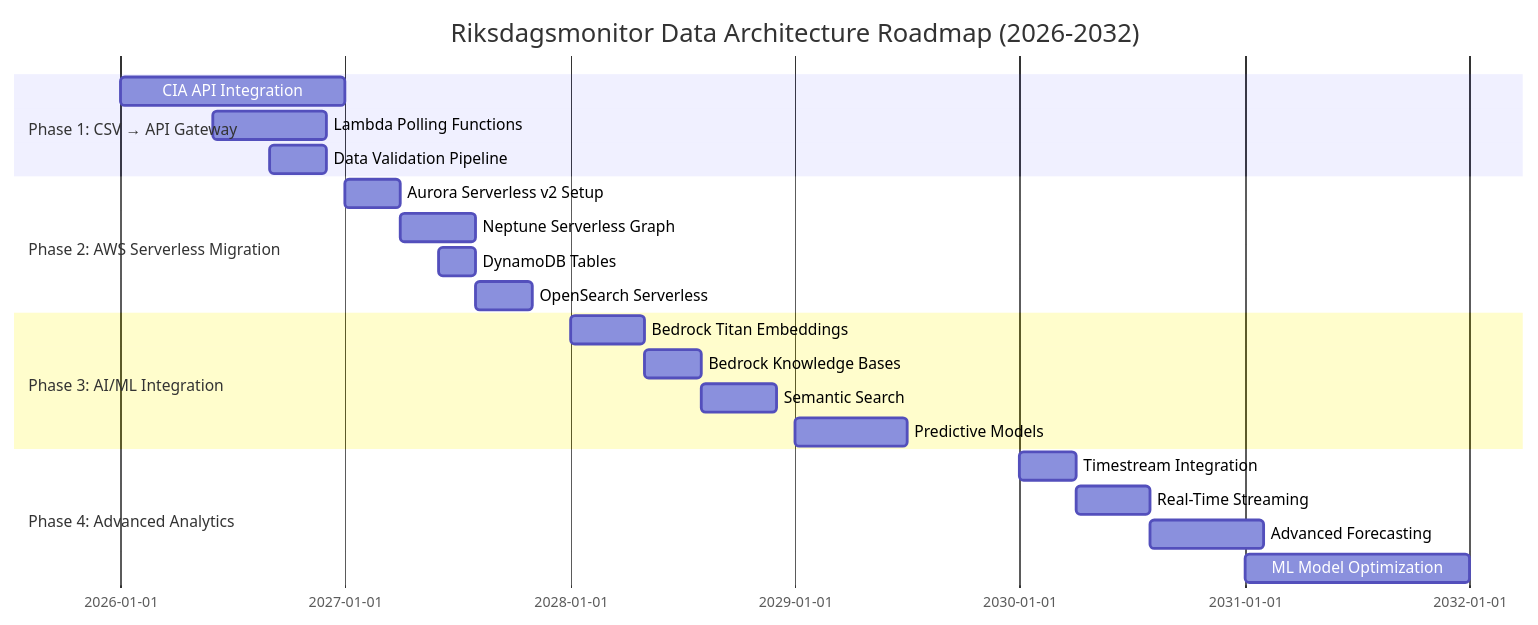
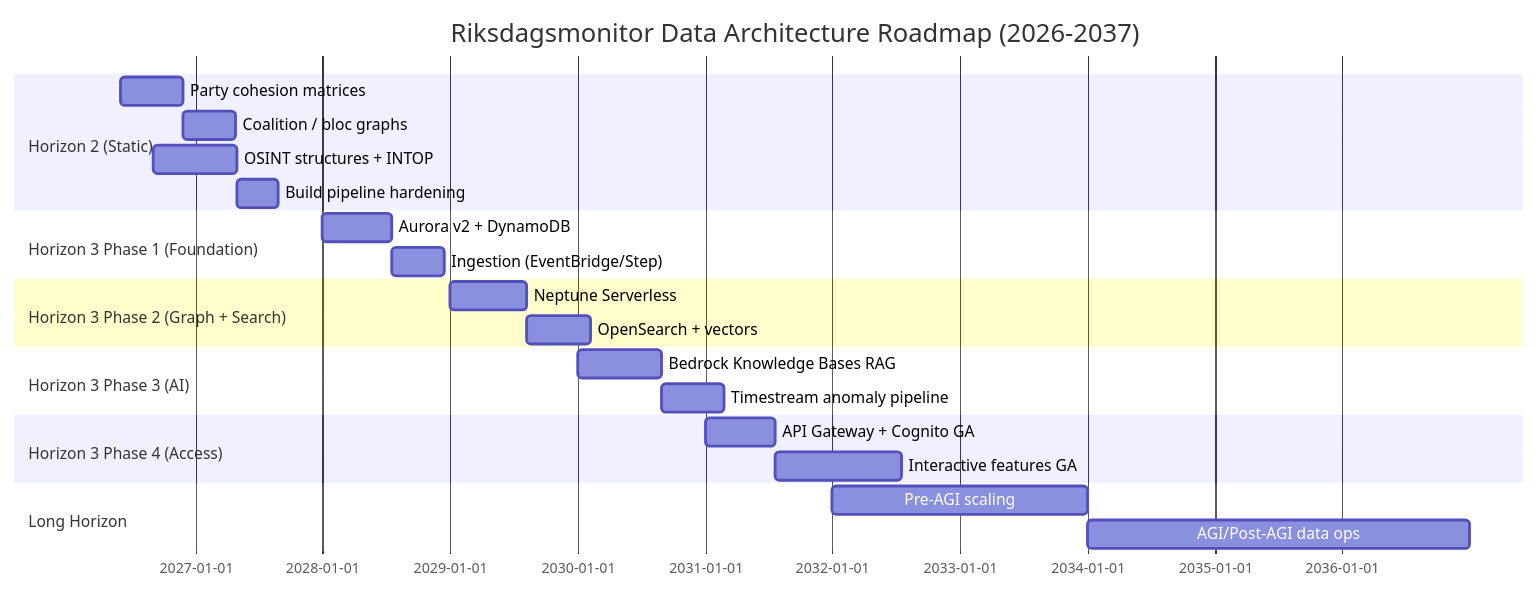
Diagram 16 of 18 in FUTURE_DATA_MODEL.md (Hack23/riksdagsmonitor), drawn with Mermaid before and after one commit. The commit also changed other lines of this file and 5 other files, not shown here.

Commit message:
Rewrite FUTURE_DATA_MODEL.md as three-horizon data architecture (v3.0)

````diff
--- a/FUTURE_DATA_MODEL.md
+++ b/FUTURE_DATA_MODEL.md
@@ -1371,28 +1116,25 @@
 ```mermaid
 gantt
-    title Riksdagsmonitor Data Architecture Roadmap (2026-2032)
-    dateFormat YYYY-MM
-    
-    section Phase 1: CSV → API Gateway
-    CIA API Integration :p1, 2026-01, 12M
-    Lambda Polling Functions :p1a, 2026-06, 6M
-    Data Validation Pipeline :p1b, 2026-09, 3M
-    
-    section Phase 2: AWS Serverless Migration
-    Aurora Serverless v2 Setup :p2, 2027-01, 3M
-    Neptune Serverless Graph :p2a, 2027-04, 4M
-    DynamoDB Tables :p2b, 2027-06, 2M
-    OpenSearch Serverless :p2c, 2027-08, 3M
-    
-    section Phase 3: AI/ML Integration
-    Bedrock Titan Embeddings :p3, 2028-01, 4M
-    Bedrock Knowledge Bases :p3a, 2028-05, 3M
-    Semantic Search :p3b, 2028-08, 4M
-    Predictive Models :p3c, 2029-01, 6M
-    
-    section Phase 4: Advanced Analytics
-    Timestream Integration :p4, 2030-01, 3M
-    Real-Time Streaming :p4a, 2030-04, 4M
-    Advanced Forecasting :p4b, 2030-08, 6M
-    ML Model Optimization :p4c, 2031-01, 12M
+    title Riksdagsmonitor Data Architecture Roadmap (2026-2037)
+    dateFormat YYYY-MM-DD
+    section Horizon 2 (Static)
+    Party cohesion matrices        :h2a, 2026-06-01, 180d
+    Coalition / bloc graphs         :h2b, after h2a, 150d
+    OSINT structures + INTOP        :h2c, 2026-09-01, 240d
+    Build pipeline hardening        :h2d, after h2c, 120d
+    section Horizon 3 Phase 1 (Foundation)
+    Aurora v2 + DynamoDB            :h3a, 2028-01-01, 200d
+    Ingestion (EventBridge/Step)    :h3b, after h3a, 150d
+    section Horizon 3 Phase 2 (Graph + Search)
+    Neptune Serverless              :h3c, 2029-01-01, 220d
+    OpenSearch + vectors            :h3d, after h3c, 180d
+    section Horizon 3 Phase 3 (AI)
+    Bedrock Knowledge Bases RAG     :h3e, 2030-01-01, 240d
+    Timestream anomaly pipeline     :h3f, after h3e, 180d
+    section Horizon 3 Phase 4 (Access)
+    API Gateway + Cognito GA        :h3g, 2031-01-01, 200d
+    Interactive features GA         :h3h, after h3g, 365d
+    section Long Horizon
+    Pre-AGI scaling                 :lh1, 2032-01-01, 730d
+    AGI/Post-AGI data ops           :lh2, 2034-01-01, 1095d
 ```
````
